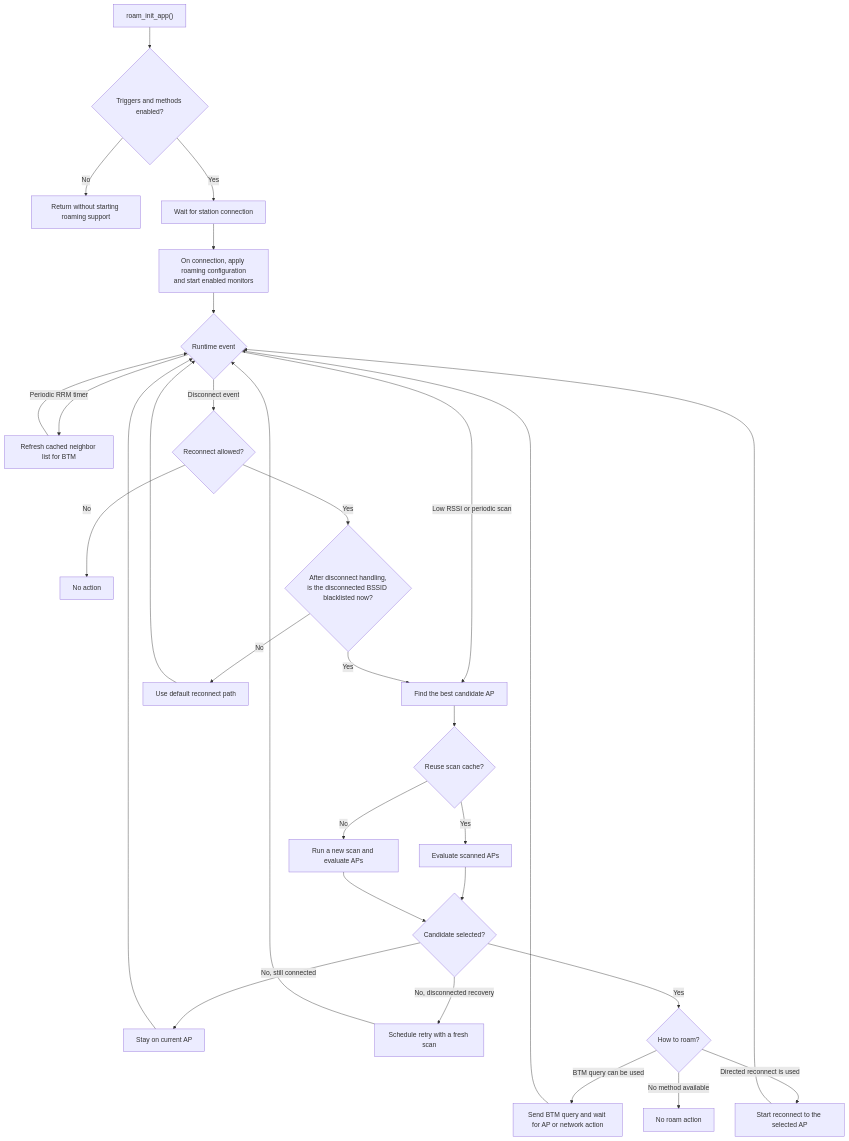
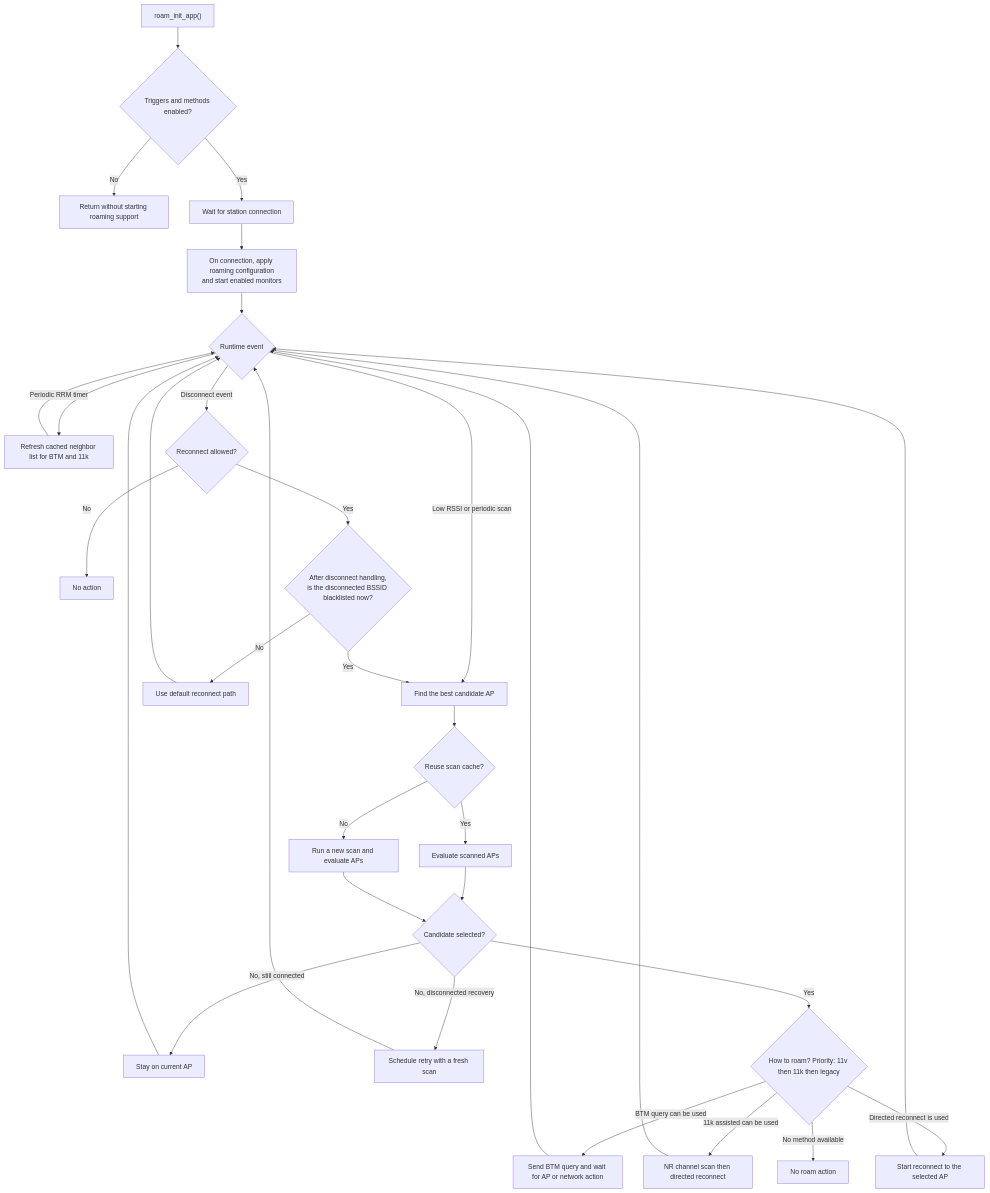
Before and after one commit to espressif/esp-idf: the first of 4 diagrams in components/esp_wifi/wifi_apps/roaming_app/src/ROAMING_FLOW.md, drawn with Mermaid. The commit also changed other lines of this file and 5 other files, not shown here.

First line of the commit message:
feat(roam): Add standalone 11k assisted roaming path

````diff
--- a/components/esp_wifi/wifi_apps/roaming_app/src/ROAMING_FLOW.md
+++ b/components/esp_wifi/wifi_apps/roaming_app/src/ROAMING_FLOW.md
@@ -30,37 +30,39 @@
 ```mermaid
 flowchart TD
     A["roam_init_app()"] --> B{"Triggers and methods enabled?"}
     B -- "No" --> X["Return without starting roaming support"]
     B -- "Yes" --> C["Wait for station connection"]
     C --> D["On connection, apply roaming configuration<br/>and start enabled monitors"]
 
     D --> E{"Runtime event"}
     E -- "Low RSSI or periodic scan" --> F["Find the best candidate AP"]
-    E -- "Periodic RRM timer" --> G["Refresh cached neighbor list for BTM"]
+    E -- "Periodic RRM timer" --> G["Refresh cached neighbor list for BTM and 11k"]
     G --> E
     E -- "Disconnect event" --> H{"Reconnect allowed?"}
     H -- "No" --> I["No action"]
     H -- "Yes" --> J{"After disconnect handling,<br/>is the disconnected BSSID blacklisted now?"}
     J -- "No" --> K["Use default reconnect path"]
     J -- "Yes" --> F
 
     F --> L{"Reuse scan cache?"}
     L -- "Yes" --> M["Evaluate scanned APs"]
     L -- "No" --> N["Run a new scan and evaluate APs"]
     M --> O{"Candidate selected?"}
     N --> O
 
     O -- "No, still connected" --> P["Stay on current AP"]
     O -- "No, disconnected recovery" --> Q["Schedule retry with a fresh scan"]
-    O -- "Yes" --> R{"How to roam?"}
+    O -- "Yes" --> R{"How to roam? Priority: 11v then 11k then legacy"}
 
     R -- "BTM query can be used" --> S["Send BTM query and wait for AP or network action"]
+    R -- "11k assisted can be used" --> S11k["NR channel scan then directed reconnect"]
     R -- "Directed reconnect is used" --> T["Start reconnect to the selected AP"]
     R -- "No method available" --> U["No roam action"]
 
     P --> E
     Q --> E
     S --> E
+    S11k --> E
     T --> E
     K --> E
 ```
````
